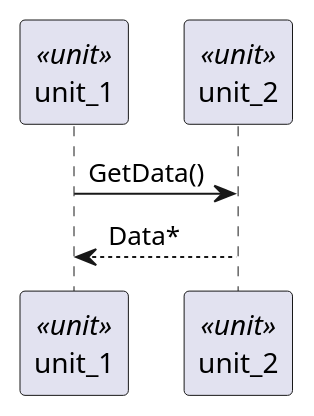
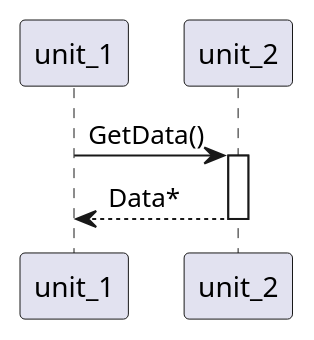
The diagram in bazel/rules/rules_score/examples/seooc/design/dynamic_design.puml (eclipse-score/tooling), drawn with PlantUML before and after one commit. The commit also changed 248 other files, not shown here.

First line of the commit message:
plantuml, rules_score: resolve split views as one group

```diff
--- a/bazel/rules/rules_score/examples/seooc/design/dynamic_design.puml
+++ b/bazel/rules/rules_score/examples/seooc/design/dynamic_design.puml
@@ -14,9 +14,10 @@
 @startuml
 
-participant unit_1 <<unit>>
-participant unit_2 <<unit>>
+' Scenario only: the participants are declared in dynamic_cast.puml. `activate`
+' makes the file a sequence diagram (a message-only file is a component diagram).
 
 unit_1 -> unit_2 : GetData()
+activate unit_2
 return Data*
 
 @enduml
```
